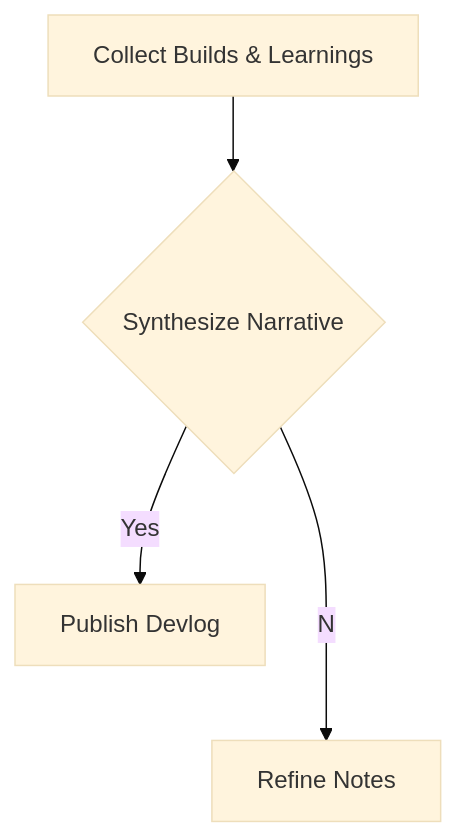
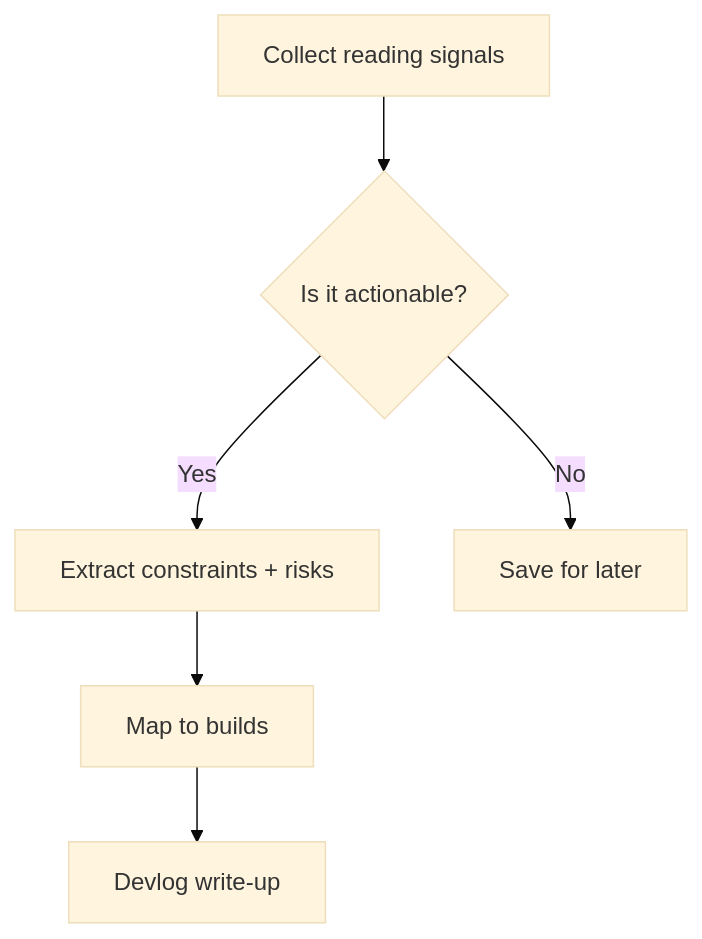
The diagram in blog/2026-02-05-devlog.md (victorstack-ai/agent-blog), drawn with Mermaid (base theme) before and after one commit. The commit also changed other lines of this file, not shown here.

Commit message:
Publish article: 2026-02-05

````diff
--- a/blog/2026-02-05-devlog.md
+++ b/blog/2026-02-05-devlog.md
@@ -26,6 +26,8 @@
 ```mermaid
 graph TD;
-  A[Collect Builds & Learnings] --> B{Synthesize Narrative};
-  B --Yes--> C[Publish Devlog];
-  B --No--> D[Refine Notes];
+  A[Collect reading signals] --> B{Is it actionable?};
+  B -- Yes --> C[Extract constraints + risks];
+  B -- No --> D[Save for later];
+  C --> E[Map to builds];
+  E --> F[Devlog write-up];
 ```
````
